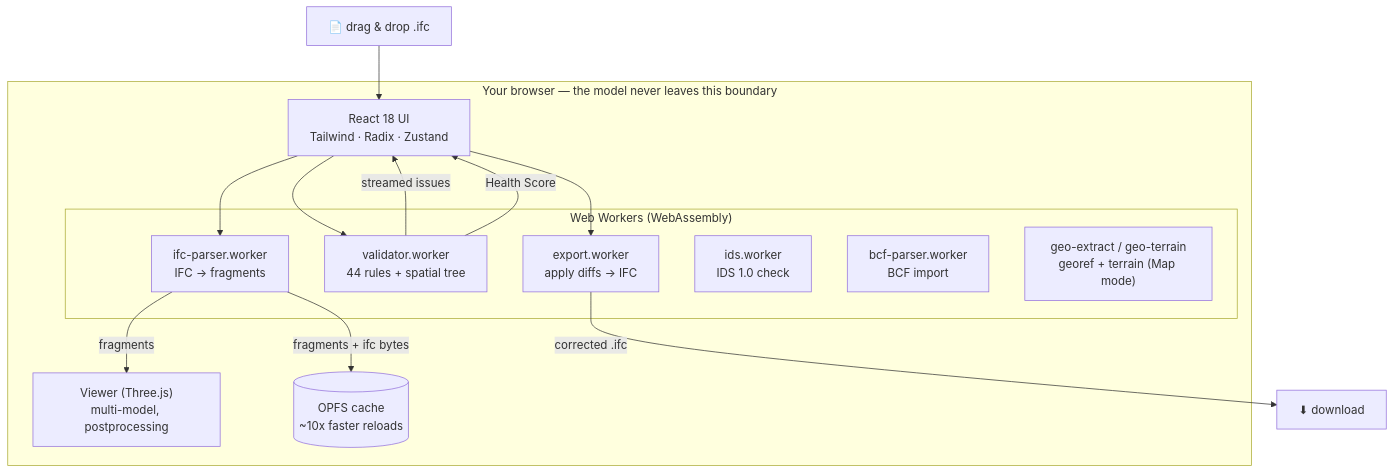
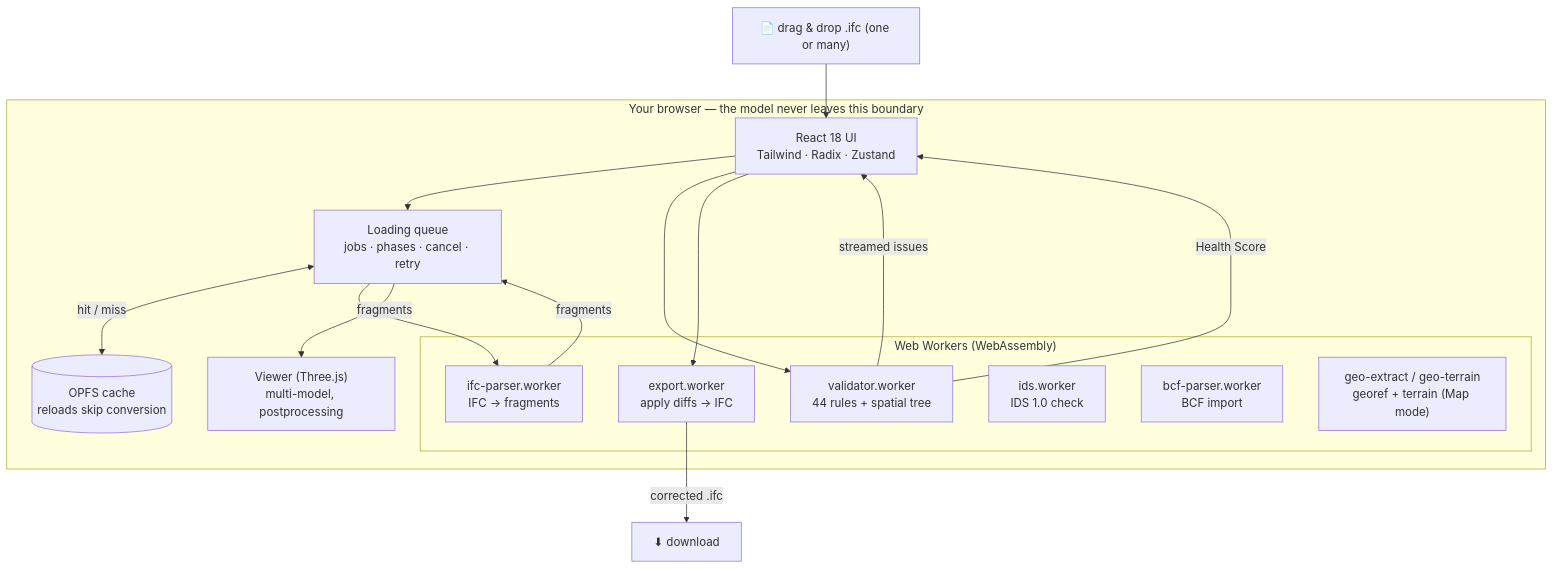
Before and after one commit to j03rul4nd/ifc-viewer-online: the second of 2 diagrams in readme.md, drawn with Mermaid. The commit also changed other lines of this file and 127 other files, not shown here.

````diff
--- a/readme.md
+++ b/readme.md
@@ -192,27 +193,30 @@
 ```mermaid
 flowchart TD
     subgraph BROWSER["Your browser — the model never leaves this boundary"]
         UI["React 18 UI<br/>Tailwind · Radix · Zustand"]
+        QUEUE["Loading queue<br/>jobs · phases · cancel · retry"]
         VIEWER["Viewer (Three.js)<br/>multi-model, postprocessing"]
-        CACHE[("OPFS cache<br/>~10x faster reloads")]
+        CACHE[("OPFS cache<br/>reloads skip conversion")]
 
         subgraph WORKERS["Web Workers (WebAssembly)"]
             PARSE["ifc-parser.worker<br/>IFC → fragments"]
             VALID["validator.worker<br/>44 rules + spatial tree"]
             EXPORT["export.worker<br/>apply diffs → IFC"]
             IDS["ids.worker<br/>IDS 1.0 check"]
             BCF["bcf-parser.worker<br/>BCF import"]
             GEO["geo-extract / geo-terrain<br/>georef + terrain (Map mode)"]
         end
     end
 
-    FILE["📄 drag &amp; drop .ifc"] --> UI
-    UI --> PARSE
-    PARSE -->|fragments| VIEWER
-    PARSE -->|fragments + ifc bytes| CACHE
+    FILE["📄 drag &amp; drop .ifc (one or many)"] --> UI
+    UI --> QUEUE
+    QUEUE <-->|hit / miss| CACHE
+    QUEUE --> PARSE
+    PARSE -->|fragments| QUEUE
+    QUEUE -->|fragments| VIEWER
     UI --> VALID
     VALID -->|streamed issues| UI
     VALID -->|Health Score| UI
     UI --> EXPORT
     EXPORT -->|corrected .ifc| DL["⬇ download"]
 ```
````
